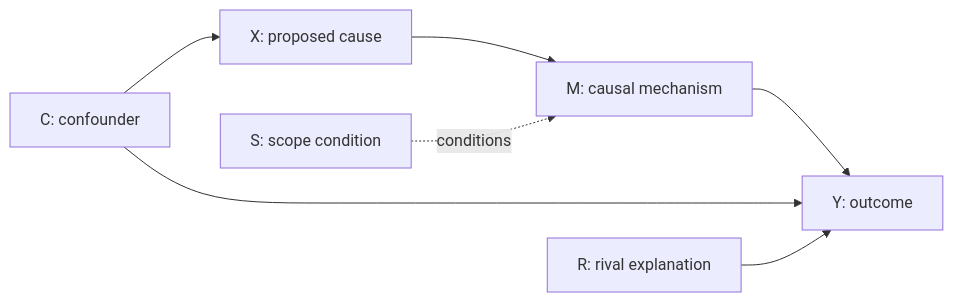
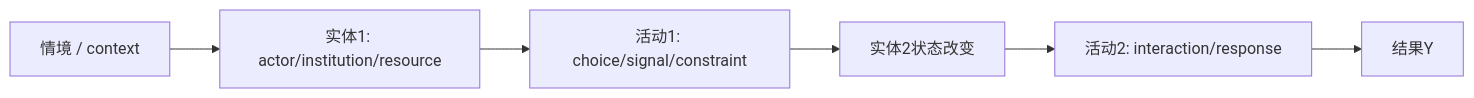
The second of 2 diagrams in references/causal-explanation.md (Y02-26/ir-research-architect-skill), drawn with Mermaid before and after one commit. The commit also changed other lines of this file, not shown here.

Commit message:
Align causal explanation guide with source chapter

````diff
--- a/references/causal-explanation.md
+++ b/references/causal-explanation.md
@@ -492,9 +318,8 @@
 ```mermaid
 flowchart LR
-  X["X: proposed cause"] --> M["M: causal mechanism"]
-  M --> Y["Y: outcome"]
-  S["S: scope condition"] -.conditions.-> M
-  C["C: confounder"] --> X
-  C --> Y
-  R["R: rival explanation"] --> Y
+  Context["情境 / context"] --> E1["实体1: actor/institution/resource"]
+  E1 --> A1["活动1: choice/signal/constraint"]
+  A1 --> E2["实体2状态改变"]
+  E2 --> A2["活动2: interaction/response"]
+  A2 --> Y["结果Y"]
 ```
````
